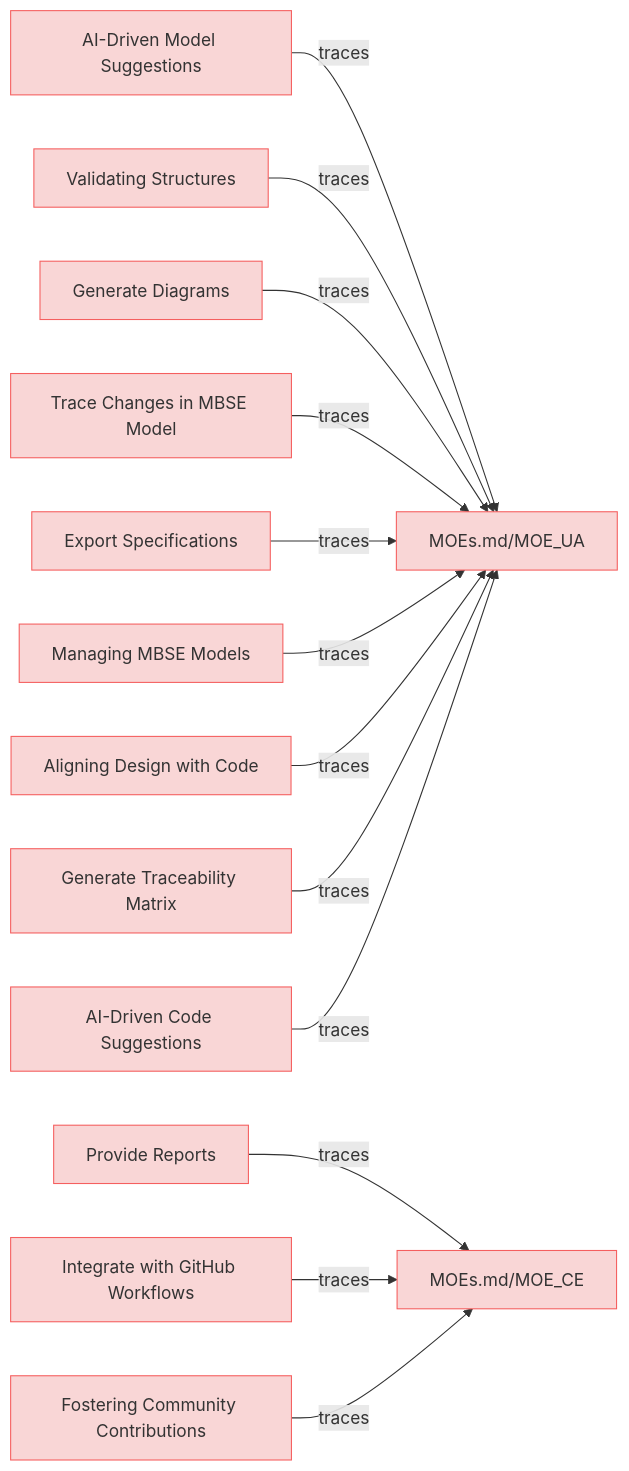
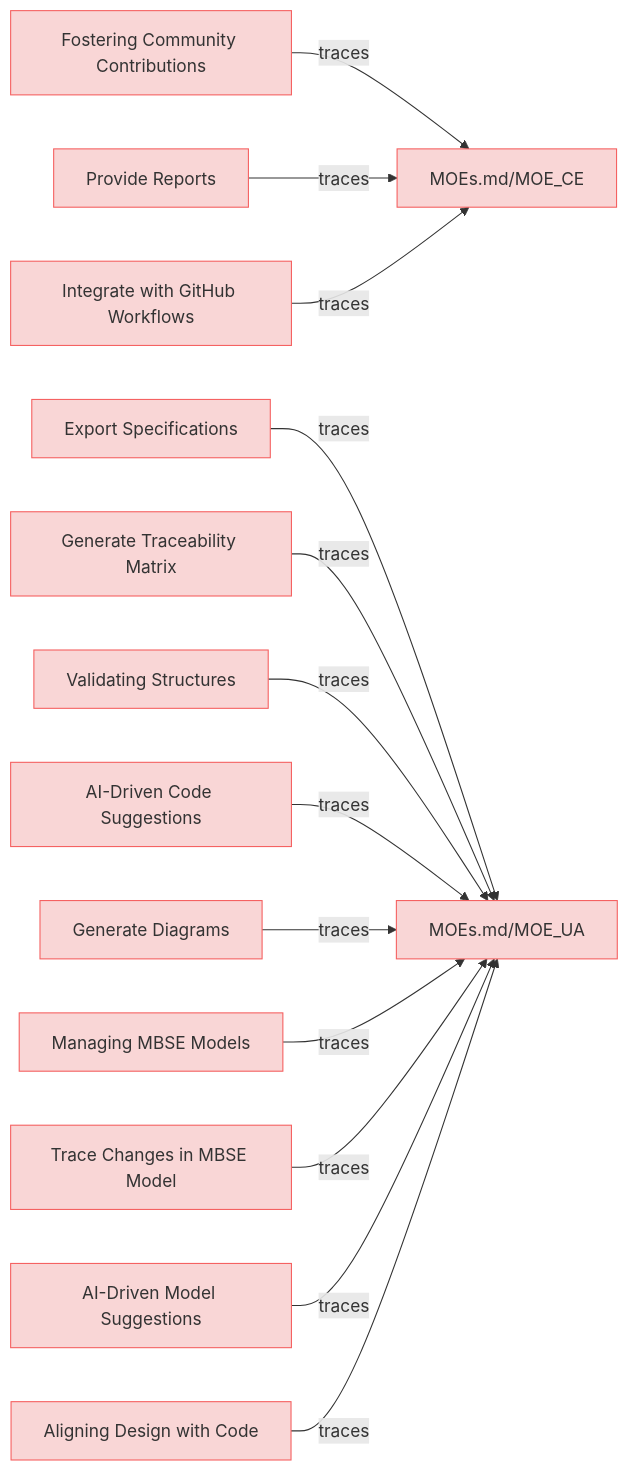
One commit to reqvire-org/reqvire changed the diagram in specifications/UserStories.md. Above: the diagram before and after it, drawn with Mermaid. The commit also changed other lines of this file and 19 other files, not shown here.

````diff
--- a/specifications/UserStories.md
+++ b/specifications/UserStories.md
@@ -11,63 +11,63 @@
 ```mermaid
 graph LR;
   %% Graph styling
   classDef requirement fill:#f9d6d6,stroke:#f55f5f,stroke-width:1px;
   classDef verification fill:#d6f9d6,stroke:#5fd75f,stroke-width:1px;
   classDef externalLink fill:#d0e0ff,stroke:#3080ff,stroke-width:1px;
   classDef default fill:#f5f5f5,stroke:#333333,stroke-width:1px;
 
-  6912d98267["AI-Driven Model Suggestions"];
-  click 6912d98267 "UserStories.md#ai-driven-model-suggestions";
-  class 6912d98267 requirement;
+  cdc9a9c908["Fostering Community Contributions"];
+  click cdc9a9c908 "UserStories.md#fostering-community-contributions";
+  class cdc9a9c908 requirement;
+  b3f57e49f7["MOEs.md/MOE_CE"];
+  class b3f57e49f7 requirement;
+  click b3f57e49f7 "MOEs.md#moe_ce";
+  cdc9a9c908 -->|traces| b3f57e49f7;
+  100197ce81["Export Specifications"];
+  click 100197ce81 "UserStories.md#export-specifications";
+  class 100197ce81 requirement;
   f6237e49f7["MOEs.md/MOE_UA"];
   class f6237e49f7 requirement;
   click f6237e49f7 "MOEs.md#moe_ua";
-  6912d98267 -->|traces| f6237e49f7;
+  100197ce81 -->|traces| f6237e49f7;
+  fe32882ee2["Provide Reports"];
+  click fe32882ee2 "UserStories.md#provide-reports";
+  class fe32882ee2 requirement;
+  fe32882ee2 -->|traces| b3f57e49f7;
+  e4eb5bf7e5["Generate Traceability Matrix"];
+  click e4eb5bf7e5 "UserStories.md#generate-traceability-matrix";
+  class e4eb5bf7e5 requirement;
+  e4eb5bf7e5 -->|traces| f6237e49f7;
   a60d88b6e2["Validating Structures"];
   click a60d88b6e2 "UserStories.md#validating-structures";
   class a60d88b6e2 requirement;
   a60d88b6e2 -->|traces| f6237e49f7;
-  fe32882ee2["Provide Reports"];
-  click fe32882ee2 "UserStories.md#provide-reports";
-  class fe32882ee2 requirement;
-  b3f57e49f7["MOEs.md/MOE_CE"];
-  class b3f57e49f7 requirement;
-  click b3f57e49f7 "MOEs.md#moe_ce";
-  fe32882ee2 -->|traces| b3f57e49f7;
+  a4657fca5a["AI-Driven Code Suggestions"];
+  click a4657fca5a "UserStories.md#ai-driven-code-suggestions";
+  class a4657fca5a requirement;
+  a4657fca5a -->|traces| f6237e49f7;
   cf0026c2fe["Generate Diagrams"];
   click cf0026c2fe "UserStories.md#generate-diagrams";
   class cf0026c2fe requirement;
   cf0026c2fe -->|traces| f6237e49f7;
+  852dea6cfe["Managing MBSE Models"];
+  click 852dea6cfe "UserStories.md#managing-mbse-models";
+  class 852dea6cfe requirement;
+  852dea6cfe -->|traces| f6237e49f7;
+  36d8b2eb16["Trace Changes in MBSE Model"];
+  click 36d8b2eb16 "UserStories.md#trace-changes-in-mbse-model";
+  class 36d8b2eb16 requirement;
+  36d8b2eb16 -->|traces| f6237e49f7;
   ba120b7caf["Integrate with GitHub Workflows"];
   click ba120b7caf "UserStories.md#integrate-with-github-workflows";
   class ba120b7caf requirement;
   ba120b7caf -->|traces| b3f57e49f7;
-  36d8b2eb16["Trace Changes in MBSE Model"];
-  click 36d8b2eb16 "UserStories.md#trace-changes-in-mbse-model";
-  class 36d8b2eb16 requirement;
-  36d8b2eb16 -->|traces| f6237e49f7;
-  100197ce81["Export Specifications"];
-  click 100197ce81 "UserStories.md#export-specifications";
-  class 100197ce81 requirement;
-  100197ce81 -->|traces| f6237e49f7;
-  852dea6cfe["Managing MBSE Models"];
-  click 852dea6cfe "UserStories.md#managing-mbse-models";
-  class 852dea6cfe requirement;
-  852dea6cfe -->|traces| f6237e49f7;
-  cdc9a9c908["Fostering Community Contributions"];
-  click cdc9a9c908 "UserStories.md#fostering-community-contributions";
-  class cdc9a9c908 requirement;
-  cdc9a9c908 -->|traces| b3f57e49f7;
+  6912d98267["AI-Driven Model Suggestions"];
+  click 6912d98267 "UserStories.md#ai-driven-model-suggestions";
+  class 6912d98267 requirement;
+  6912d98267 -->|traces| f6237e49f7;
   de2d3516cd["Aligning Design with Code"];
   click de2d3516cd "UserStories.md#aligning-design-with-code";
   class de2d3516cd requirement;
   de2d3516cd -->|traces| f6237e49f7;
-  e4eb5bf7e5["Generate Traceability Matrix"];
-  click e4eb5bf7e5 "UserStories.md#generate-traceability-matrix";
-  class e4eb5bf7e5 requirement;
-  e4eb5bf7e5 -->|traces| f6237e49f7;
-  a4657fca5a["AI-Driven Code Suggestions"];
-  click a4657fca5a "UserStories.md#ai-driven-code-suggestions";
-  class a4657fca5a requirement;
-  a4657fca5a -->|traces| f6237e49f7;
 ```
````
